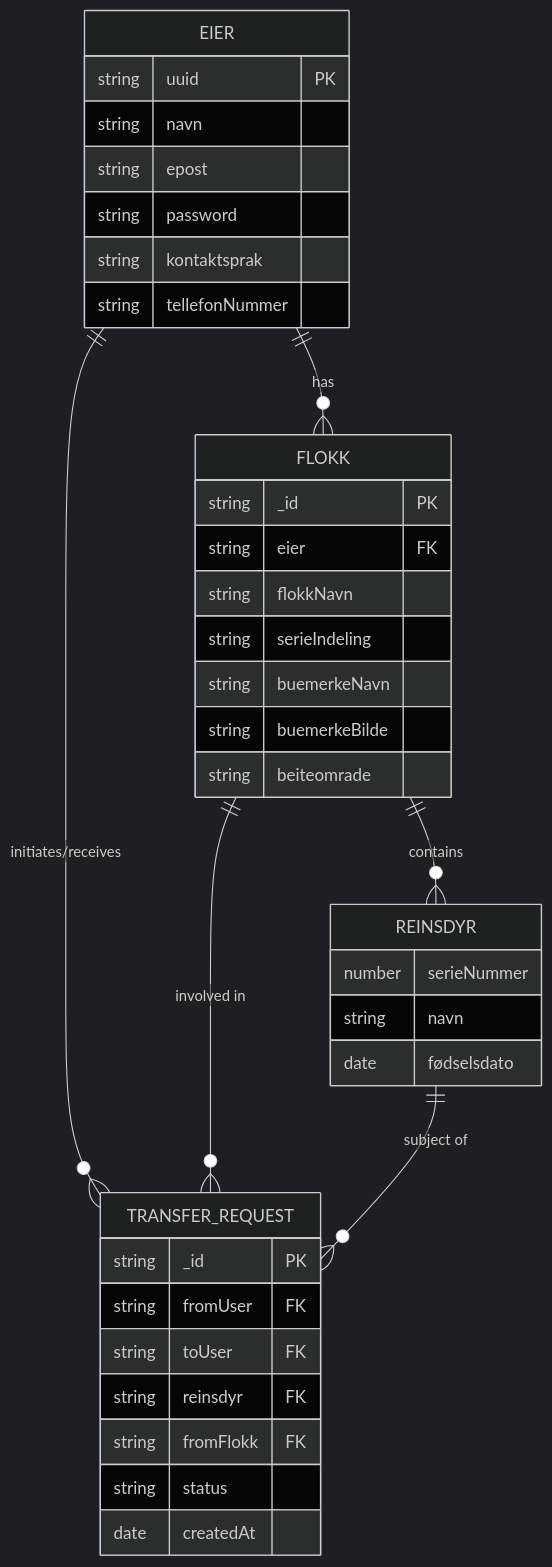
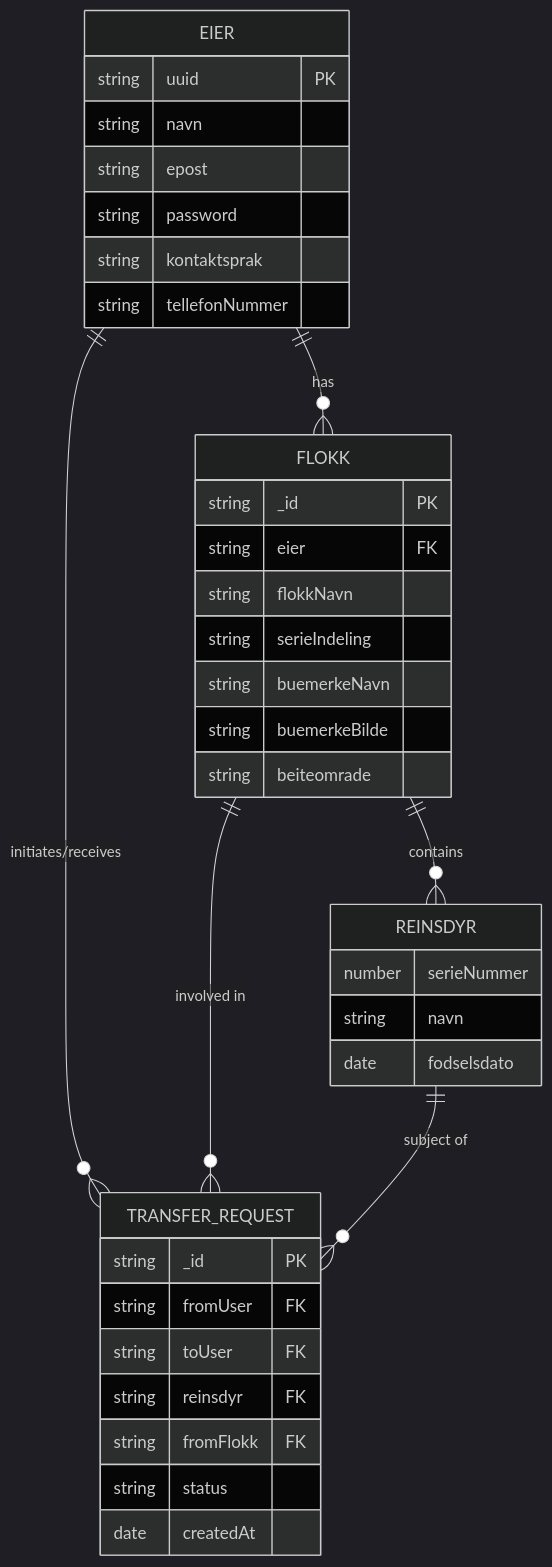
One commit to Simen732/ReinsdyrOppgave changed the diagram in readme.md. Above: the diagram before and after it, drawn with Mermaid (dark theme).

Commit message:
Adda er diagram bedre

````diff
--- a/readme.md
+++ b/readme.md
@@ -4,39 +4,39 @@
 ```mermaid
 erDiagram
     EIER {
         string uuid PK
         string navn
         string epost
         string password
         string kontaktsprak
         string tellefonNummer
     }
     FLOKK {
         string _id PK
         string eier FK
         string flokkNavn
         string serieIndeling
         string buemerkeNavn
         string buemerkeBilde
         string beiteomrade
     }
     REINSDYR {
         number serieNummer
         string navn
-        date fødselsdato
+        date fodselsdato
     }
     TRANSFER_REQUEST {
         string _id PK
         string fromUser FK
         string toUser FK
         string reinsdyr FK
         string fromFlokk FK
         string status
         date createdAt
     }
     EIER ||--o{ FLOKK : "has"
     FLOKK ||--o{ REINSDYR : "contains"
     EIER ||--o{ TRANSFER_REQUEST : "initiates/receives"
     FLOKK ||--o{ TRANSFER_REQUEST : "involved in"
     REINSDYR ||--o{ TRANSFER_REQUEST : "subject of"
 ```
````
